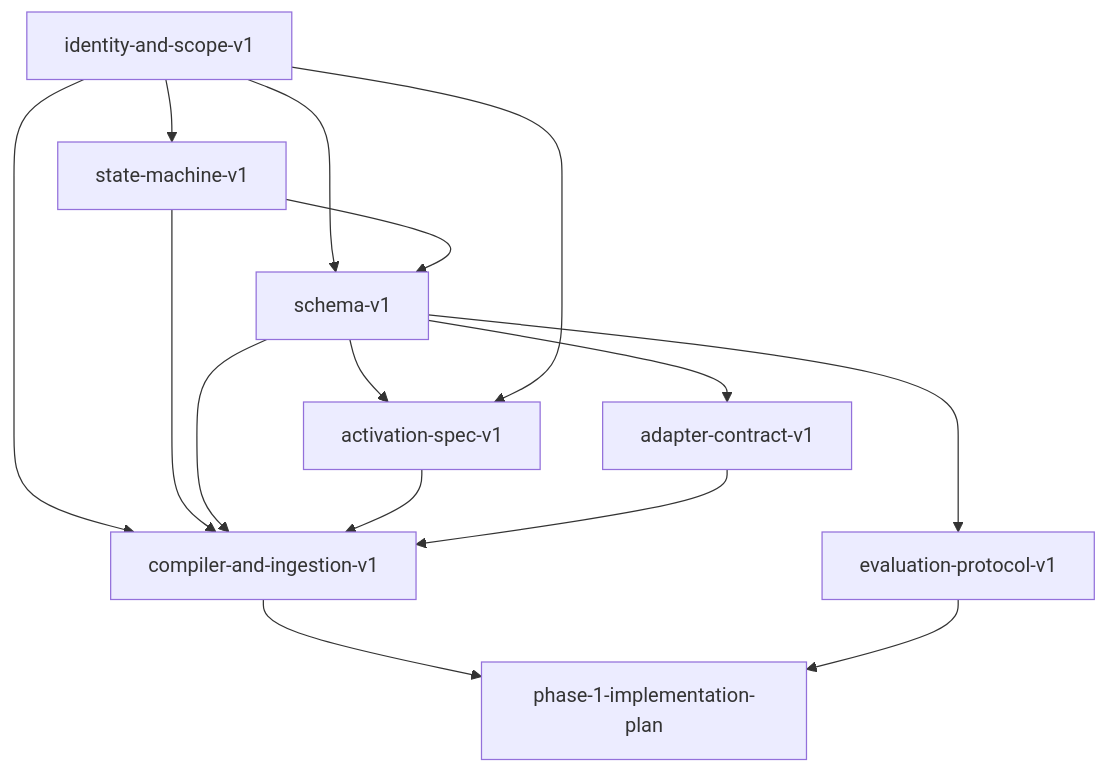
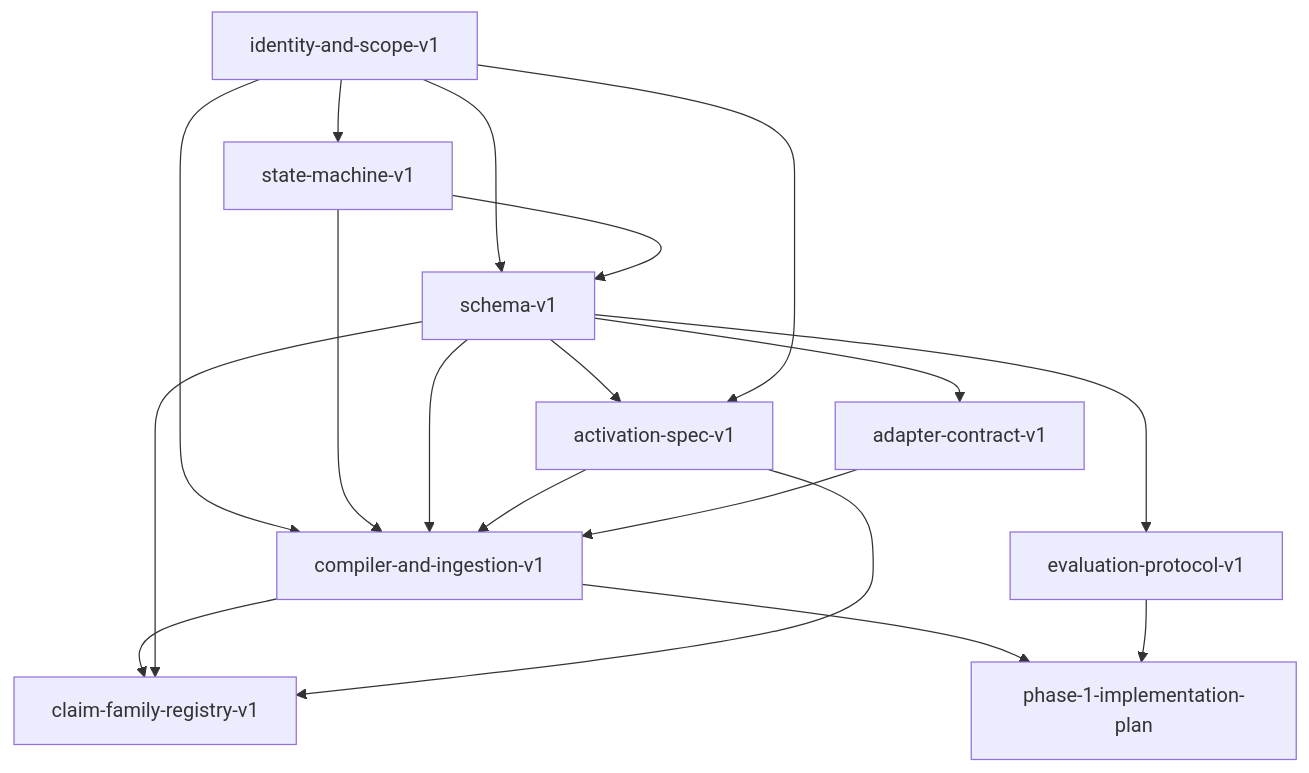
The diagram in docs/planning/contract-index.md (slicenferqin/project-memory-runtime), drawn with Mermaid before and after one commit. The commit also changed other lines of this file and 19 other files, not shown here.

````diff
--- a/docs/planning/contract-index.md
+++ b/docs/planning/contract-index.md
@@ -23,17 +24,20 @@
 ```mermaid
 graph TD
   identity["identity-and-scope-v1"] --> state["state-machine-v1"]
   identity --> schema["schema-v1"]
   state --> schema
   schema --> activation["activation-spec-v1"]
   identity --> activation
+  compiler --> registry["claim-family-registry-v1"]
   schema --> adapter["adapter-contract-v1"]
   schema --> eval["evaluation-protocol-v1"]
   identity --> compiler["compiler-and-ingestion-v1"]
   state --> compiler
   schema --> compiler
   activation --> compiler
+  schema --> registry
+  activation --> registry
   adapter --> compiler
   compiler --> impl["phase-1-implementation-plan"]
   eval --> impl
 ```
````
